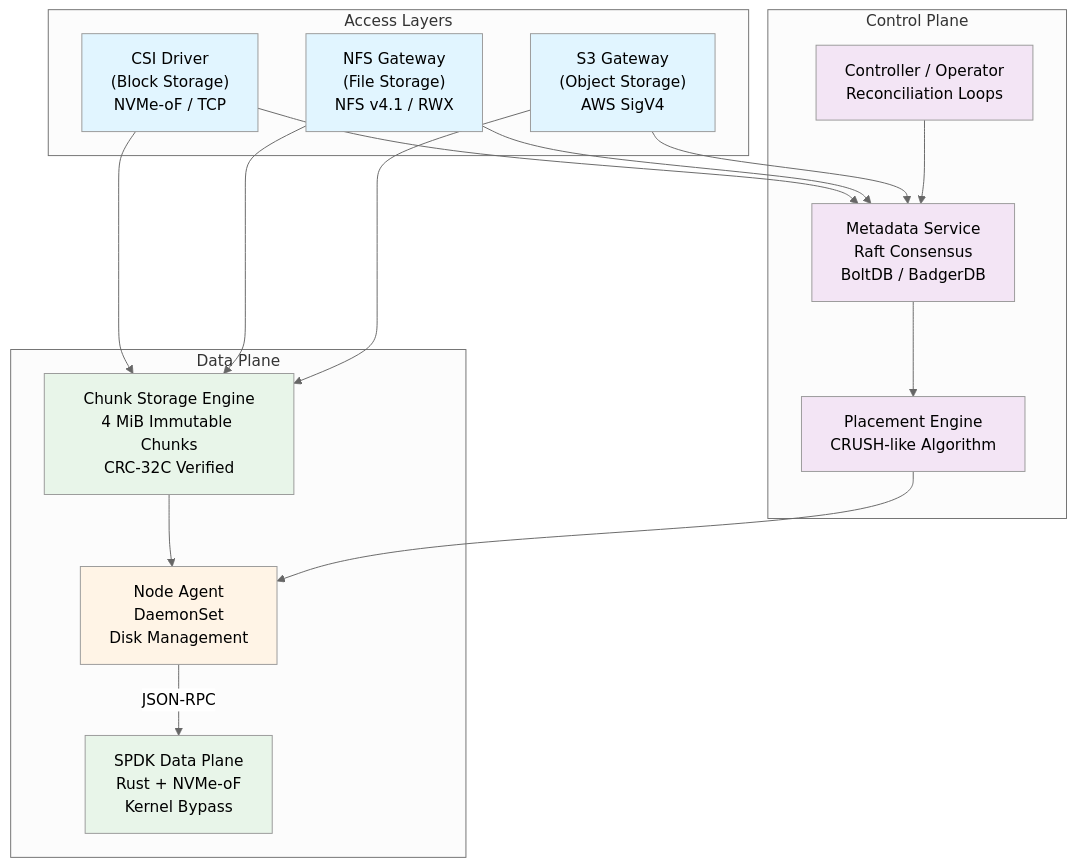
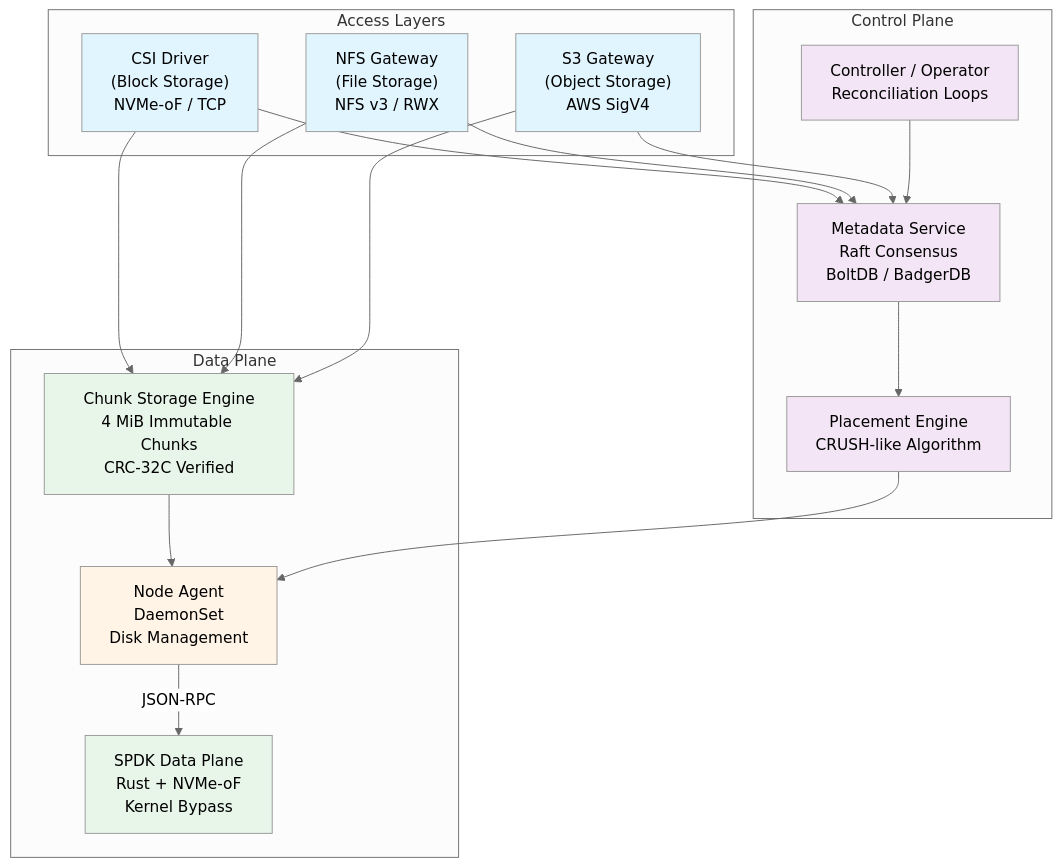
The first of 5 diagrams in docs/architecture/overview.md (azrtydxb/novastor), drawn with Mermaid (neutral theme) before and after one commit. The commit also changed other lines of this file and 16 other files, not shown here.

````diff
--- a/docs/architecture/overview.md
+++ b/docs/architecture/overview.md
@@ -7,42 +7,42 @@
 ```mermaid
 graph TB
     subgraph Access Layers
         CSI["CSI Driver<br/>(Block Storage)<br/>NVMe-oF / TCP"]
-        NFS["NFS Gateway<br/>(File Storage)<br/>NFS v4.1 / RWX"]
+        NFS["NFS Gateway<br/>(File Storage)<br/>NFS v3 / RWX"]
         S3["S3 Gateway<br/>(Object Storage)<br/>AWS SigV4"]
     end
 
     subgraph Control Plane
         CTRL["Controller / Operator<br/>Reconciliation Loops"]
         META["Metadata Service<br/>Raft Consensus<br/>BoltDB / BadgerDB"]
         PE["Placement Engine<br/>CRUSH-like Algorithm"]
     end
 
     subgraph Data Plane
         CE["Chunk Storage Engine<br/>4 MiB Immutable Chunks<br/>CRC-32C Verified"]
         AGENT["Node Agent<br/>DaemonSet<br/>Disk Management"]
         SPDK["SPDK Data Plane<br/>Rust + NVMe-oF<br/>Kernel Bypass"]
     end
 
     CSI --> META
     NFS --> META
     S3 --> META
     CSI --> CE
     NFS --> CE
     S3 --> CE
     CTRL --> META
     META --> PE
     CE --> AGENT
     AGENT -->|"JSON-RPC"| SPDK
     PE --> AGENT
 
     style CSI fill:#e1f5ff
     style NFS fill:#e1f5ff
     style S3 fill:#e1f5ff
     style CTRL fill:#f3e5f5
     style META fill:#f3e5f5
     style PE fill:#f3e5f5
     style CE fill:#e8f5e9
     style AGENT fill:#fff4e6
     style SPDK fill:#e8f5e9
 ```
````
